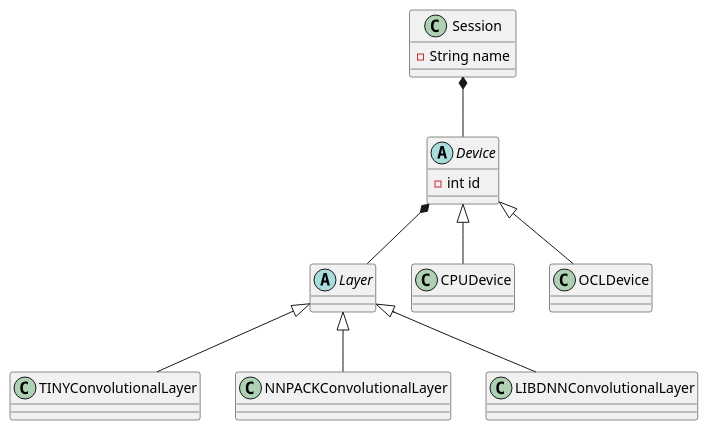
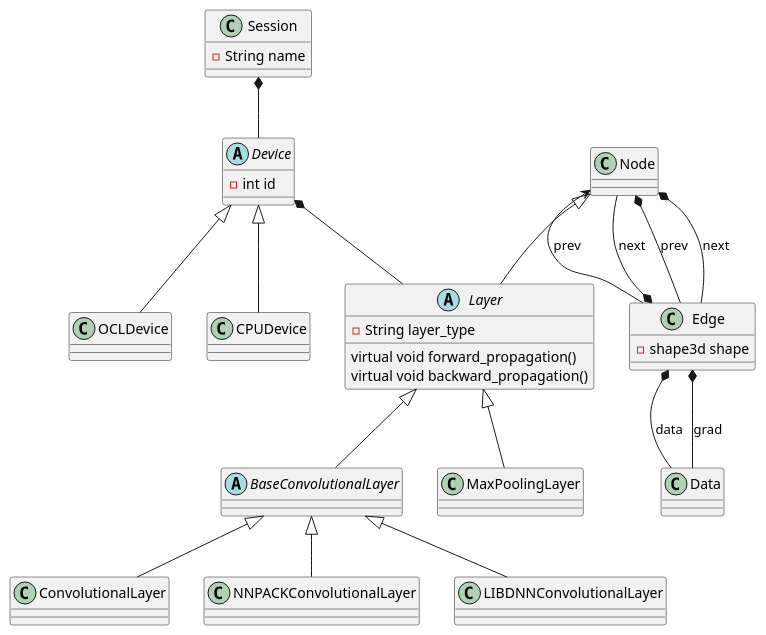
The diagram in doc/device-abstraction-uml.puml (tiny-dnn/tiny-dnn), drawn with PlantUML before and after one commit.

```diff
--- a/doc/device-abstraction-uml.puml
+++ b/doc/device-abstraction-uml.puml
@@ -1,21 +1,59 @@
 @startuml
 class Session {
  -String name
 }
 
 abstract class Device {
-  -int id
+ -int id
+}
+
+class Node {
+}
+
+class Edge {
+ - shape3d shape
 }
 
 abstract class Layer {
+ - String layer_type
+ virtual void forward_propagation()
+ virtual void backward_propagation()
+}
 
+abstract class BaseConvolutionalLayer {
+}
+
+class ConvolutionalLayer {
+}
+
+class NNPACKConvolutionalLayer {
+}
+
+class LIBDNNConvolutionalLayer {
+}
+
+class MaxPoolingLayer {
 }
 
 Session *-- Device
-Device *-- Layer
+
 Device <|-- CPUDevice
 Device <|-- OCLDevice
-Layer <|-- TINYConvolutionalLayer
-Layer <|-- NNPACKConvolutionalLayer
-Layer <|-- LIBDNNConvolutionalLayer
+
+Node <|-- Layer
+Node *-- Edge : prev
+Node *-- Edge : next
+
+Edge --> Node : prev
+Edge *-- Node : next
+Edge *-- Data : data
+Edge *-- Data : grad
+
+Device *-- Layer
+Layer <|-- BaseConvolutionalLayer
+Layer <|-- MaxPoolingLayer
+
+BaseConvolutionalLayer <|-- ConvolutionalLayer
+BaseConvolutionalLayer <|-- NNPACKConvolutionalLayer
+BaseConvolutionalLayer <|-- LIBDNNConvolutionalLayer
 @enduml
```
